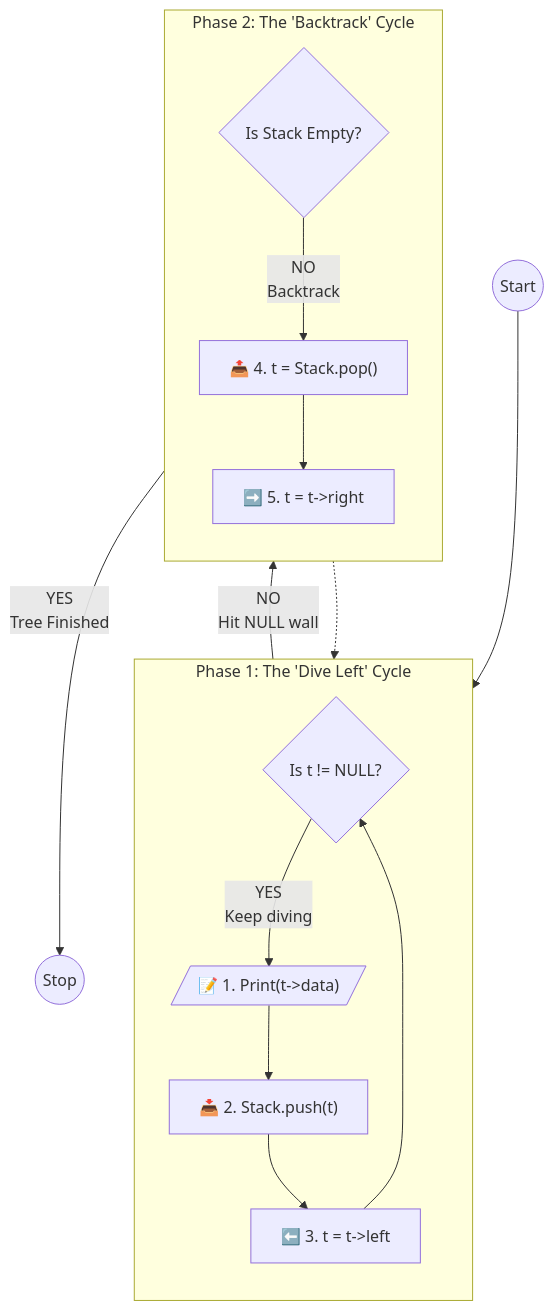
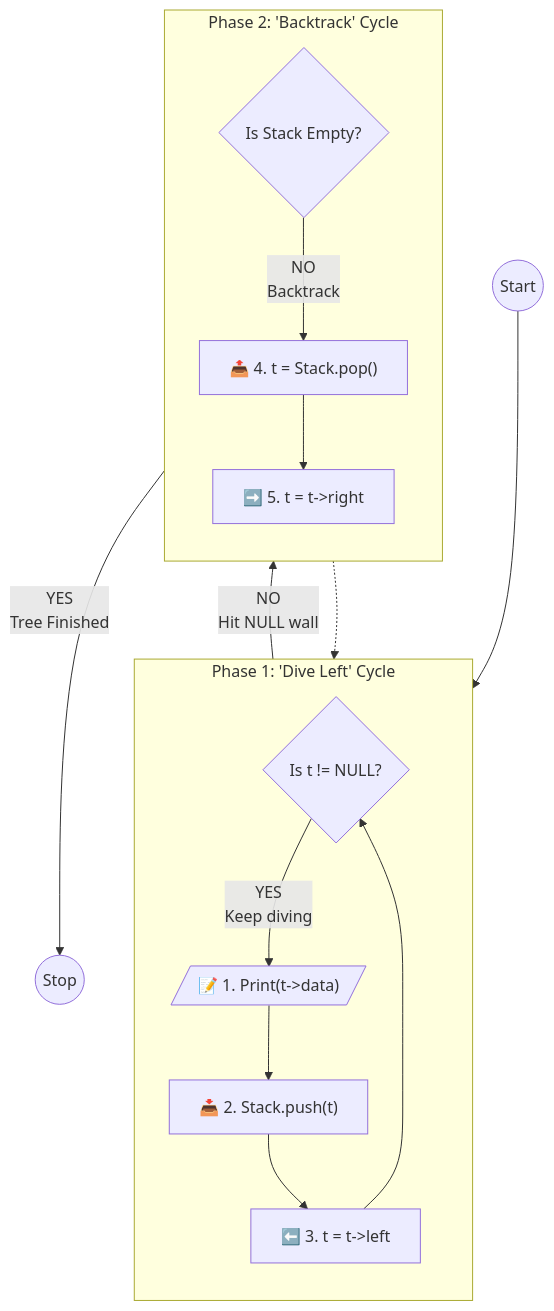
One commit to HashimAbdulaziz/DataStructures_ITICourseLabs changed the fourth of 5 diagrams in README.md. Above: the diagram before and after it, drawn with Mermaid. The commit also changed other lines of this file, not shown here.

````diff
--- a/README.md
+++ b/README.md
@@ -374,22 +296,22 @@
 ```mermaid
 flowchart TD
     Start((Start)) --> CheckNode{Is t != NULL?}
     
-    subgraph Phase1 ["Phase 1: The 'Dive Left' Cycle"]
+    subgraph Phase1 ["Phase 1: 'Dive Left' Cycle"]
     direction TB
-    CheckNode -- YES <br/>Keep diving --> Print[/"📝 1. Print(t->data)"/]
+    CheckNode -- "YES<br/>Keep diving" --> Print[/"📝 1. Print(t->data)"/]
     Print --> Push["📥 2. Stack.push(t)"]
     Push --> MoveLeft["⬅️ 3. t = t->left"]
     MoveLeft --> CheckNode
     end
 
-    subgraph Phase2 ["Phase 2: The 'Backtrack' Cycle"]
+    subgraph Phase2 ["Phase 2: 'Backtrack' Cycle"]
     direction TB
-    CheckNode -- NO <br/>Hit NULL wall --> CheckStack{Is Stack Empty?}
-    CheckStack -- NO <br/>Backtrack --> Pop["📤 4. t = Stack.pop()"]
+    CheckNode -- "NO<br/>Hit NULL wall" --> CheckStack{Is Stack Empty?}
+    CheckStack -- "NO<br/>Backtrack" --> Pop["📤 4. t = Stack.pop()"]
     Pop --> MoveRight["➡️ 5. t = t->right"]
     MoveRight -.-> CheckNode
     end
 
-    CheckStack -- YES <br/>Tree Finished --> Stop((Stop))
+    CheckStack -- "YES<br/>Tree Finished" --> Stop((Stop))
 ```
````
